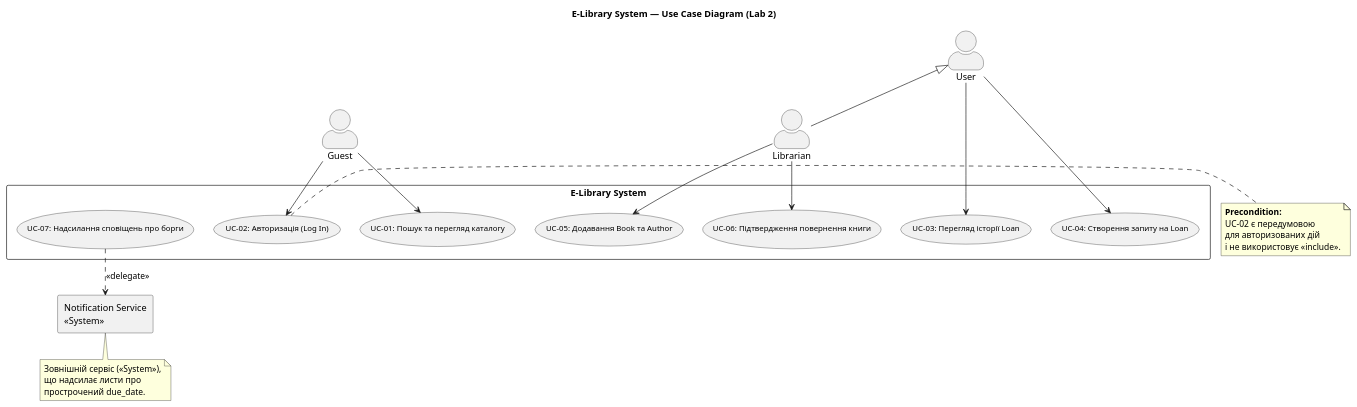
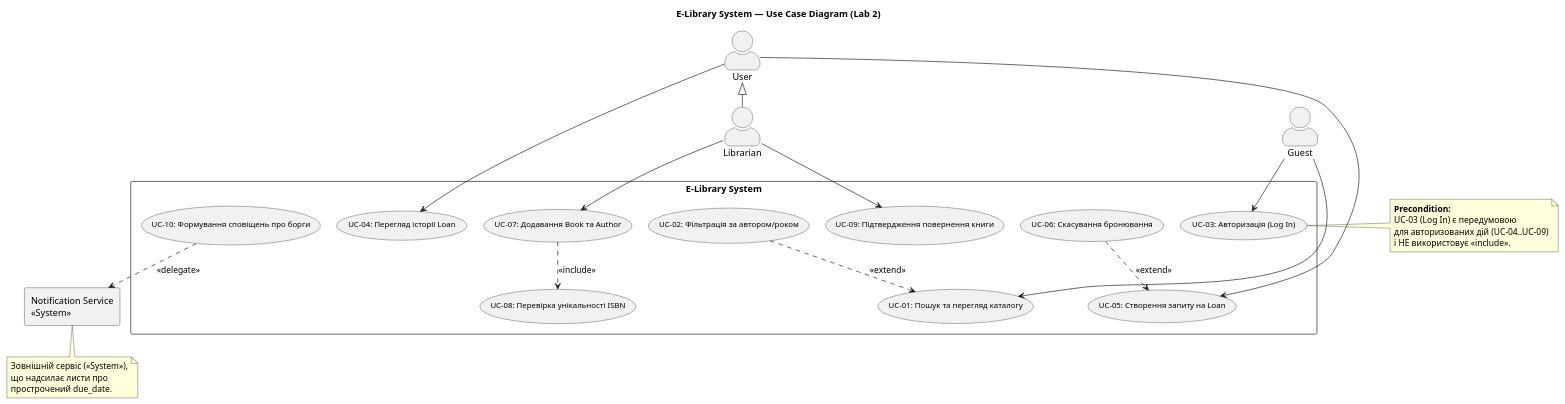
The diagram in лаб2/model/use-case-diagram.puml (drashpul451/-), drawn with PlantUML before and after one commit.

```diff
--- a/лаб2/model/use-case-diagram.puml
+++ b/лаб2/model/use-case-diagram.puml
@@ -1,62 +1,78 @@
 @startuml
 top to bottom direction
 title E-Library System — Use Case Diagram (Lab 2)
 
 skinparam backgroundColor #FFFFFF
 skinparam shadowing false
 skinparam actorStyle awesome
 skinparam packageStyle rectangle
 skinparam usecaseFontSize 12
-skinparam nodesep 30
-skinparam ranksep 40
+skinparam nodesep 25
+skinparam ranksep 35
 
 ' ---------- Актори ----------
 actor "Guest" as Guest
 actor "User" as User
 actor "Librarian" as Librarian
 
-' Успадкування
+' Успадкування ролей
 User <|-- Librarian
 
 ' ---------- Система ----------
 rectangle "E-Library System" {
+
+  ' Блок Гостя
   usecase "UC-01: Пошук та перегляд каталогу" as UC01
-  usecase "UC-02: Авторизація (Log In)" as UC02
-  usecase "UC-03: Перегляд історії Loan" as UC03
-  usecase "UC-04: Створення запиту на Loan" as UC04
-  usecase "UC-05: Додавання Book та Author" as UC05
-  usecase "UC-06: Підтвердження повернення книги" as UC06
-  usecase "UC-07: Надсилання сповіщень про борги" as UC07
+  usecase "UC-02: Фільтрація за автором/роком" as UC02
+  usecase "UC-03: Авторизація (Log In)" as UC03
+
+  ' Блок Читача (User)
+  usecase "UC-04: Перегляд історії Loan" as UC04
+  usecase "UC-05: Створення запиту на Loan" as UC05
+  usecase "UC-06: Скасування бронювання" as UC06
+
+  ' Блок Бібліотекаря (Librarian)
+  usecase "UC-07: Додавання Book та Author" as UC07
+  usecase "UC-08: Перевірка унікальності ISBN" as UC08
+  usecase "UC-09: Підтвердження повернення книги" as UC09
+
+  ' Системний прецедент
+  usecase "UC-10: Формування сповіщень про борги" as UC10
 }
 
-' ---------- Зовнішня система ----------
+' ---------- Зовнішній системний сервіс ----------
 rectangle "Notification Service\n<<System>>" as NotifSvc {
 }
 
-' ---------- Зв'язки ----------
+' ---------- Основні зв'язки акторів ----------
 Guest --> UC01
-Guest --> UC02
+Guest --> UC03
 
-User --> UC03
 User --> UC04
+User --> UC05
 
-Librarian --> UC05
-Librarian --> UC06
+Librarian --> UC07
+Librarian --> UC09
 
-UC07 ..> NotifSvc : <<delegate>>
+' ---------- Include та Extend ----------
+UC02 ..> UC01 : <<extend>>
+UC06 ..> UC05 : <<extend>>
+UC07 ..> UC08 : <<include>>
 
-' ---------- Примітки ----------
-note right of UC02
+UC10 ..> NotifSvc : <<delegate>>
+
+' ---------- Примітки (Notes) ----------
+note right of UC03
   **Precondition:**
-  UC-02 є передумовою
-  для авторизованих дій
-  і не використовує <<include>>.
+  UC-03 (Log In) є передумовою
+  для авторизованих дій (UC-04..UC-09)
+  і НЕ використовує <<include>>.
 end note
 
 note bottom of NotifSvc
   Зовнішній сервіс (<<System>>),
   що надсилає листи про
   прострочений due_date.
 end note
 
 @enduml
```
